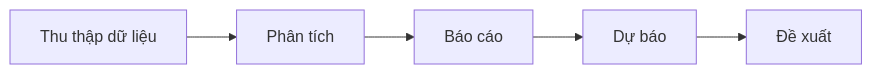
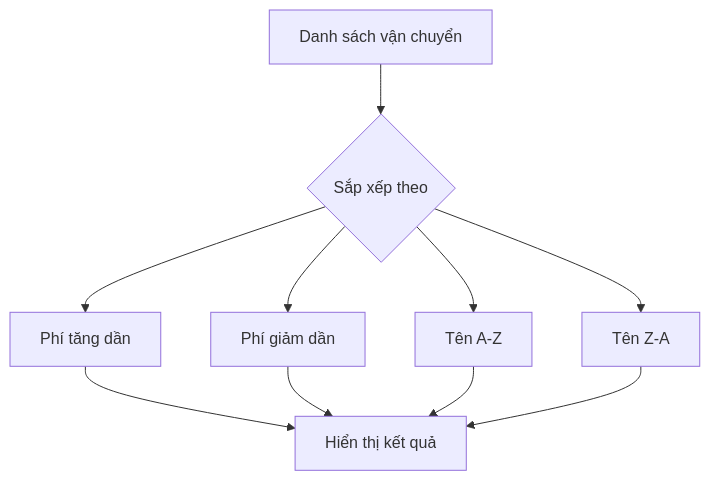
Before and after one commit to ngocthien19/DA_WEB_CK1_25_26: diagram 26 of 31 in README.md, drawn with Mermaid. The commit also changed other lines of this file, not shown here.

````diff
--- a/README.md
+++ b/README.md
@@ -465,7 +978,12 @@
 ```mermaid
-graph LR
-    A[Thu thập dữ liệu] --> B[Phân tích]
-    B --> C[Báo cáo]
-    C --> D[Dự báo]
-    D --> E[Đề xuất]
+graph TD
+    A[Danh sách vận chuyển] --> B{Sắp xếp theo}
+    B --> C[Phí tăng dần]
+    B --> D[Phí giảm dần]
+    B --> E[Tên A-Z]
+    B --> F[Tên Z-A]
+    C --> G[Hiển thị kết quả]
+    D --> G
+    E --> G
+    F --> G
 ```
````
